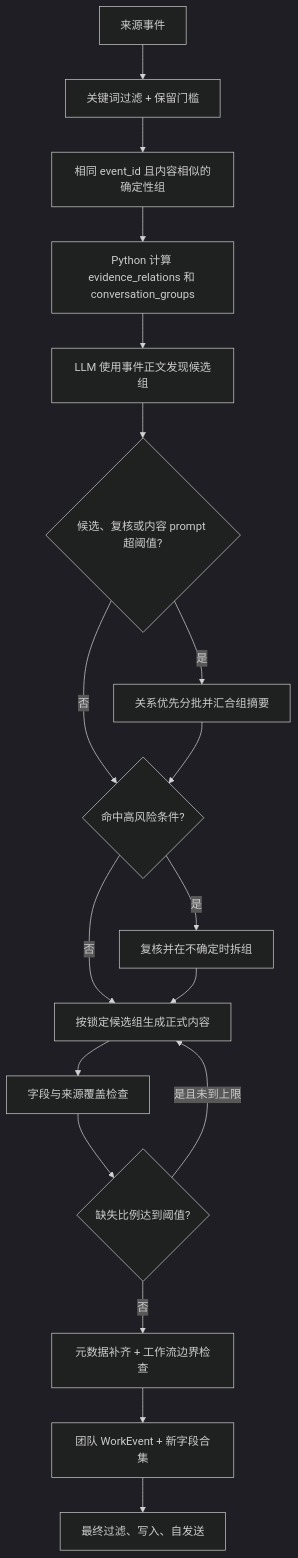
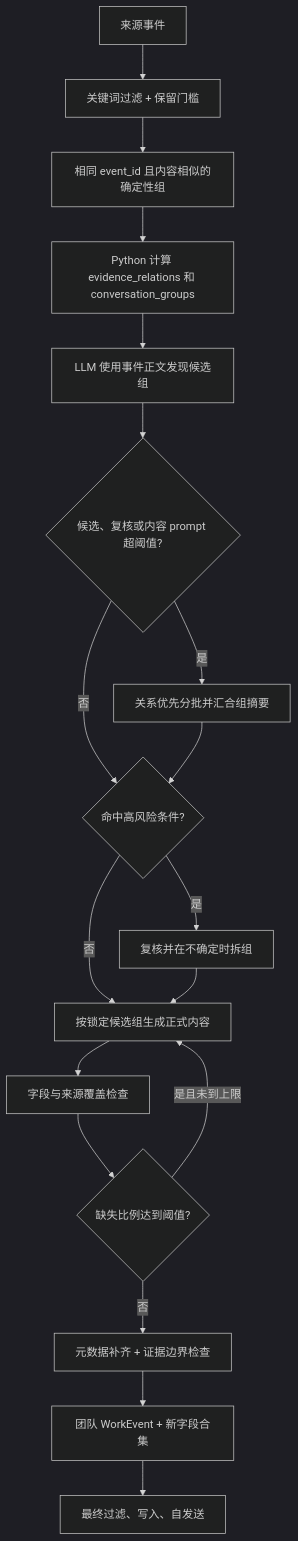
One commit to sunweisheng/WorkTrace changed the fourth of 4 diagrams in docs/detailed-design.md. Above: the diagram before and after it, drawn with Mermaid (dark theme). The commit also changed other lines of this file and 70 other files, not shown here.

````diff
--- a/docs/detailed-design.md
+++ b/docs/detailed-design.md
@@ -338,20 +337,20 @@
 ```mermaid
 flowchart TD
     A["来源事件"] --> B["关键词过滤 + 保留门槛"]
     B --> C["相同 event_id 且内容相似的确定性组"]
     C --> D["Python 计算 evidence_relations 和 conversation_groups"]
     D --> E["LLM 使用事件正文发现候选组"]
     E --> F{"候选、复核或内容 prompt 超阈值?"}
     F -->|"是"| G["关系优先分批并汇合组摘要"]
     F -->|"否"| R{"命中高风险条件?"}
     G --> R
     R -->|"是"| V["复核并在不确定时拆组"]
     R -->|"否"| H["按锁定候选组生成正式内容"]
     V --> H
     H --> I["字段与来源覆盖检查"]
     I --> J{"缺失比例达到阈值?"}
     J -->|"是且未到上限"| H
-    J -->|"否"| K["元数据补齐 + 工作流边界检查"]
+    J -->|"否"| K["元数据补齐 + 证据边界检查"]
     K --> L["团队 WorkEvent + 新字段合集"]
     L --> M["最终过滤、写入、自发送"]
 ```
````
